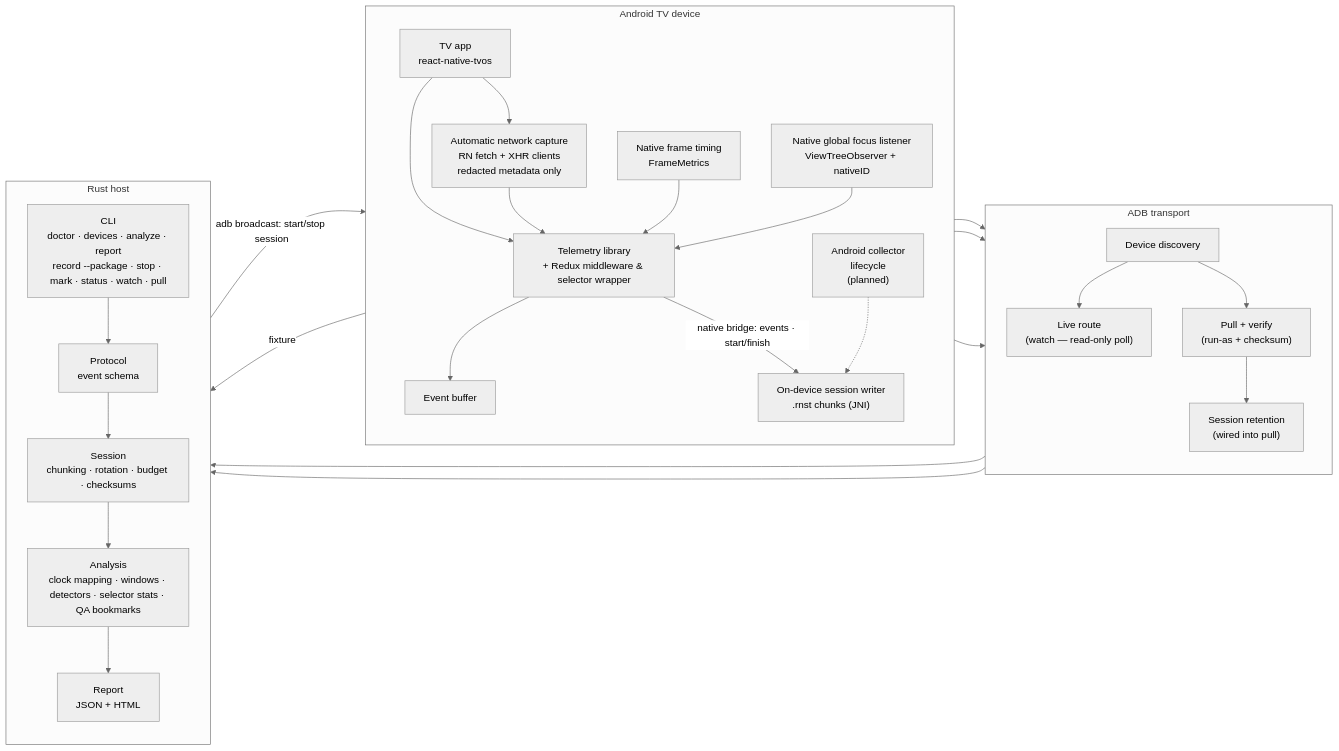
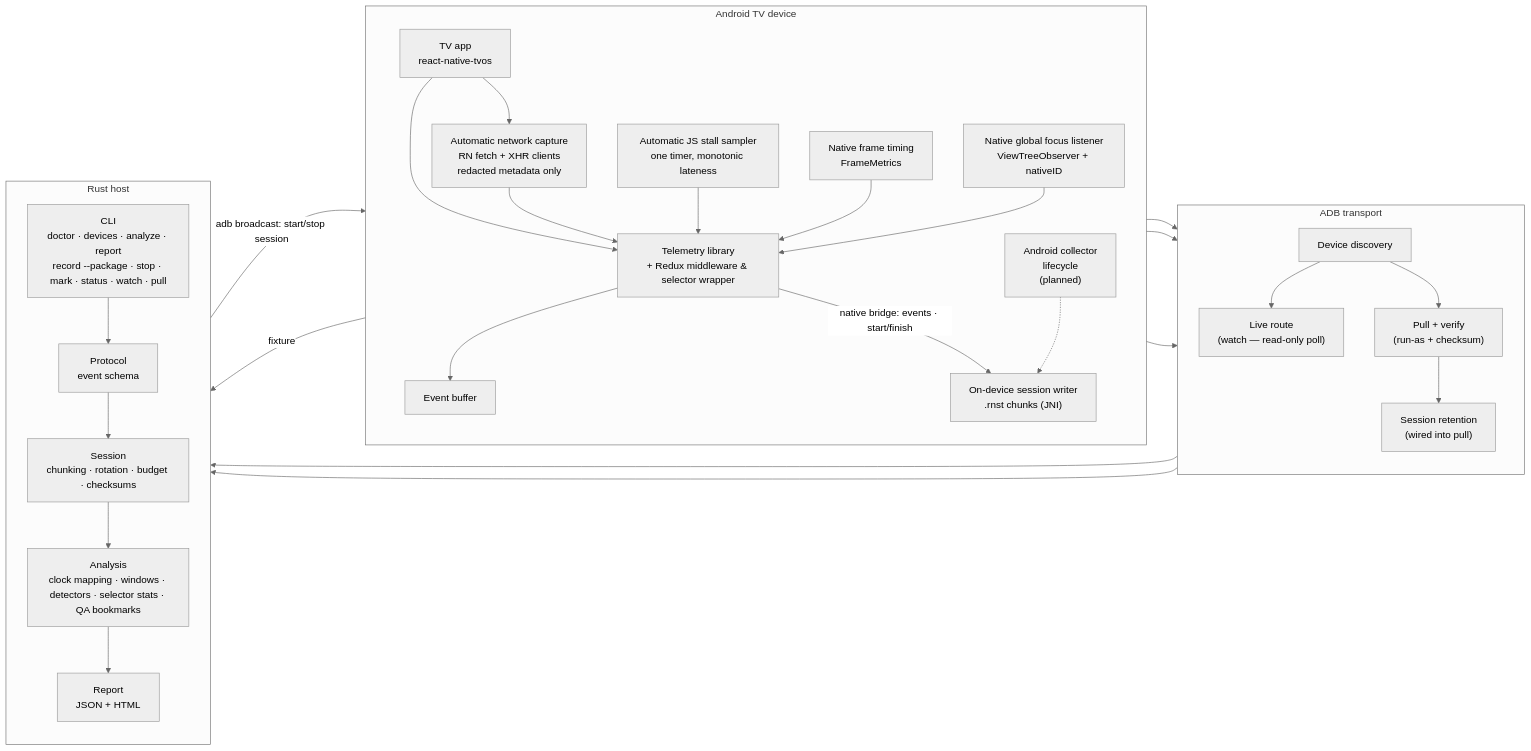
Before and after one commit to undrafted/rn-android-tv-session-telemetry: the diagram in diagrams/architecture.mmd, drawn with Mermaid. The commit also changed 10 other files, not shown here.

Commit message:
Suggested commit: Enable automatic JS stall monitoring at startup

```diff
--- a/diagrams/architecture.mmd
+++ b/diagrams/architecture.mmd
@@ -1,49 +1,51 @@
 %%{init: {"theme": "neutral"}}%%
 flowchart LR
     subgraph Device["Android TV device"]
         direction TB
         App["TV app<br/>react-native-tvos"]
         Lib["Telemetry library<br/>+ Redux middleware & selector wrapper"]
         Network["Automatic network capture<br/>RN fetch + XHR clients<br/>redacted metadata only"]
+        Stalls["Automatic JS stall sampler<br/>one timer, monotonic lateness"]
         Buffer["Event buffer"]
         FrameTiming["Native frame timing<br/>FrameMetrics"]
         GlobalFocus["Native global focus listener<br/>ViewTreeObserver + nativeID"]
         Collector["Android collector<br/>lifecycle<br/>(planned)"]
         Writer["On-device session writer<br/>.rnst chunks (JNI)"]
         App --> Lib
         App --> Network --> Lib
+        Stalls --> Lib
         FrameTiming --> Lib
         GlobalFocus --> Lib
         Lib --> Buffer
         Lib -->|native bridge: events · start/finish| Writer
         Collector -.-> Writer
     end
 
     subgraph Transport["ADB transport"]
         direction TB
         Discover["Device discovery"]
         LiveRoute["Live route<br/>(watch — read-only poll)"]
         Pull["Pull + verify<br/>(run-as + checksum)"]
         Retain["Session retention<br/>(wired into pull)"]
         Discover --> LiveRoute
         Discover --> Pull
         Pull --> Retain
     end
 
     subgraph Host["Rust host"]
         direction TB
         CLI["CLI<br/>doctor · devices · analyze · report<br/>record --package · stop · mark · status · watch · pull"]
         Protocol["Protocol<br/>event schema"]
         SessionCrate["Session<br/>chunking · rotation · budget · checksums"]
         Analysis["Analysis<br/>clock mapping · windows · detectors · selector stats · QA bookmarks"]
         Report["Report<br/>JSON + HTML"]
         CLI --> Protocol --> SessionCrate --> Analysis --> Report
     end
 
     App --> Discover
     Writer --> Pull
     Writer --> LiveRoute
     Pull --> CLI
     LiveRoute --> CLI
     Buffer -->|fixture| CLI
     CLI -->|adb broadcast: start/stop session| Writer
```
